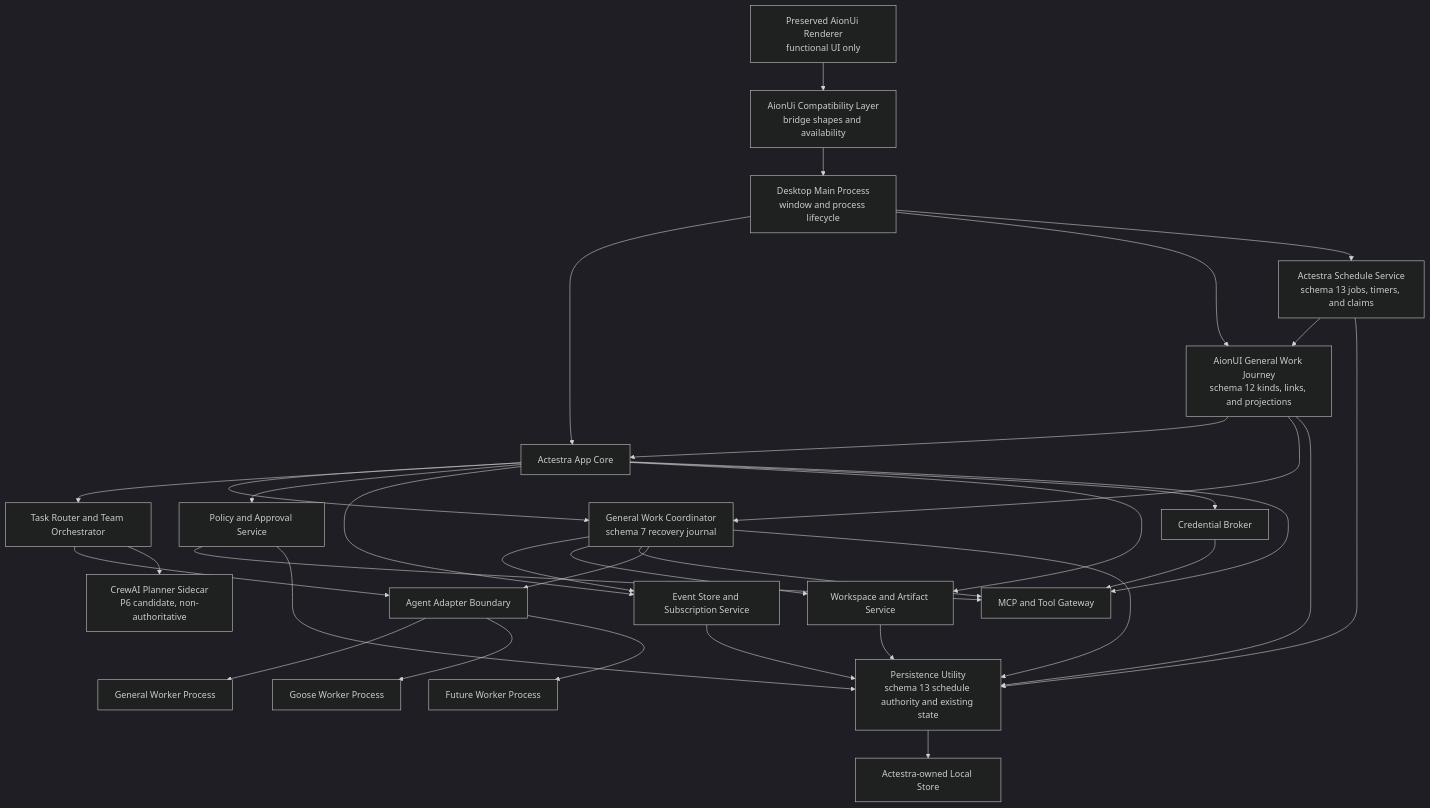
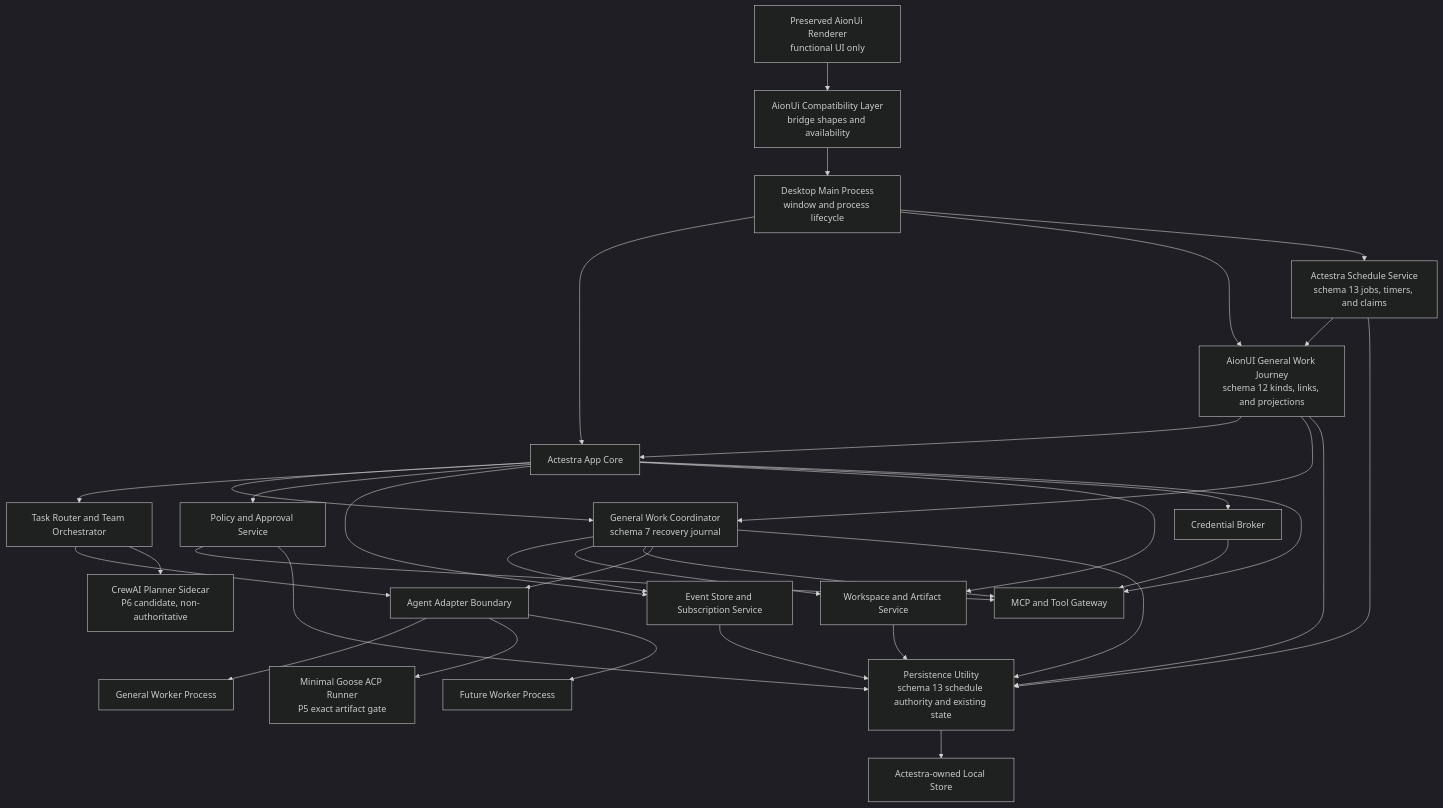
One commit to Ablankpaper/actestra-desktop changed the diagram in docs/architecture/SYSTEM_OVERVIEW.md. Above: the diagram before and after it, drawn with Mermaid (dark theme). The commit also changed other lines of this file and 10 other files, not shown here.

Commit message:
docs: select minimal Goose ACP runner (#26)

````diff
--- a/docs/architecture/SYSTEM_OVERVIEW.md
+++ b/docs/architecture/SYSTEM_OVERVIEW.md
@@ -19,57 +22,57 @@
 ```mermaid
 flowchart TD
     RENDERER["Preserved AionUi Renderer\nfunctional UI only"]
     COMPAT["AionUi Compatibility Layer\nbridge shapes and availability"]
     MAIN["Desktop Main Process\nwindow and process lifecycle"]
     CORE["Actestra App Core"]
     JOURNEY["AionUI General Work Journey\nschema 12 kinds, links, and projections"]
     SCHEDULE["Actestra Schedule Service\nschema 13 jobs, timers, and claims"]
     RECOVERY["General Work Coordinator\nschema 7 recovery journal"]
     ROUTER["Task Router and Team Orchestrator"]
     PLANNER["CrewAI Planner Sidecar\nP6 candidate, non-authoritative"]
     POLICY["Policy and Approval Service"]
     EVENTS["Event Store and Subscription Service"]
     ARTIFACTS["Workspace and Artifact Service"]
     CREDS["Credential Broker"]
     TOOLS["MCP and Tool Gateway"]
     PERSIST["Persistence Utility\nschema 13 schedule authority and existing state"]
     ADAPTERS["Agent Adapter Boundary"]
     GENERAL["General Worker Process"]
-    GOOSE["Goose Worker Process"]
+    GOOSE["Minimal Goose ACP Runner\nP5 exact artifact gate"]
     FUTURE["Future Worker Process"]
     STORE["Actestra-owned Local Store"]
 
     RENDERER --> COMPAT
     COMPAT --> MAIN
     MAIN --> CORE
     MAIN --> JOURNEY
     MAIN --> SCHEDULE
     JOURNEY --> CORE
     JOURNEY --> RECOVERY
     JOURNEY --> PERSIST
     SCHEDULE --> JOURNEY
     SCHEDULE --> PERSIST
     CORE --> RECOVERY
     CORE --> ROUTER
     CORE --> POLICY
     CORE --> EVENTS
     CORE --> ARTIFACTS
     CORE --> CREDS
     CORE --> TOOLS
     RECOVERY --> EVENTS
     RECOVERY --> ARTIFACTS
     RECOVERY --> TOOLS
     RECOVERY --> ADAPTERS
     RECOVERY --> PERSIST
     ROUTER --> ADAPTERS
     ROUTER --> PLANNER
     ADAPTERS --> GENERAL
     ADAPTERS --> GOOSE
     ADAPTERS --> FUTURE
     POLICY --> TOOLS
     CREDS --> TOOLS
     EVENTS --> PERSIST
     ARTIFACTS --> PERSIST
     POLICY --> PERSIST
     PERSIST --> STORE
 ```
````
